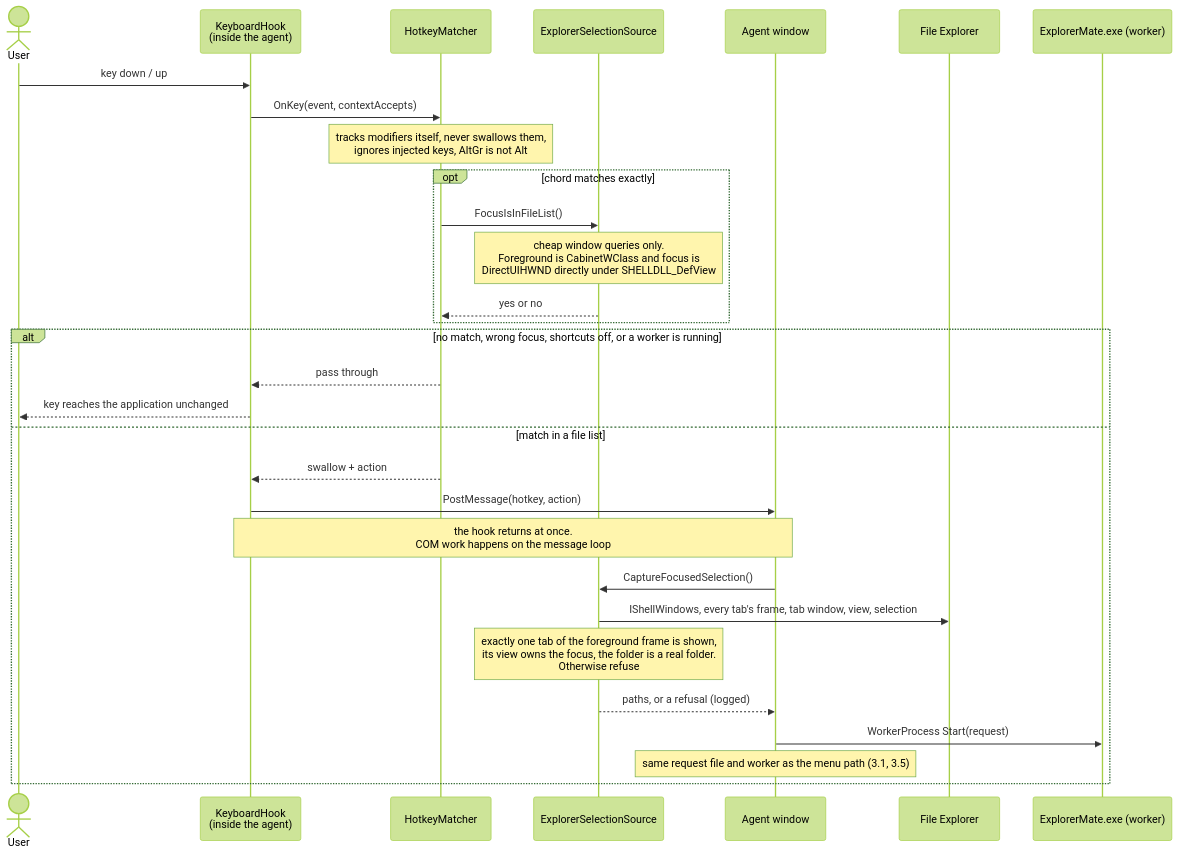
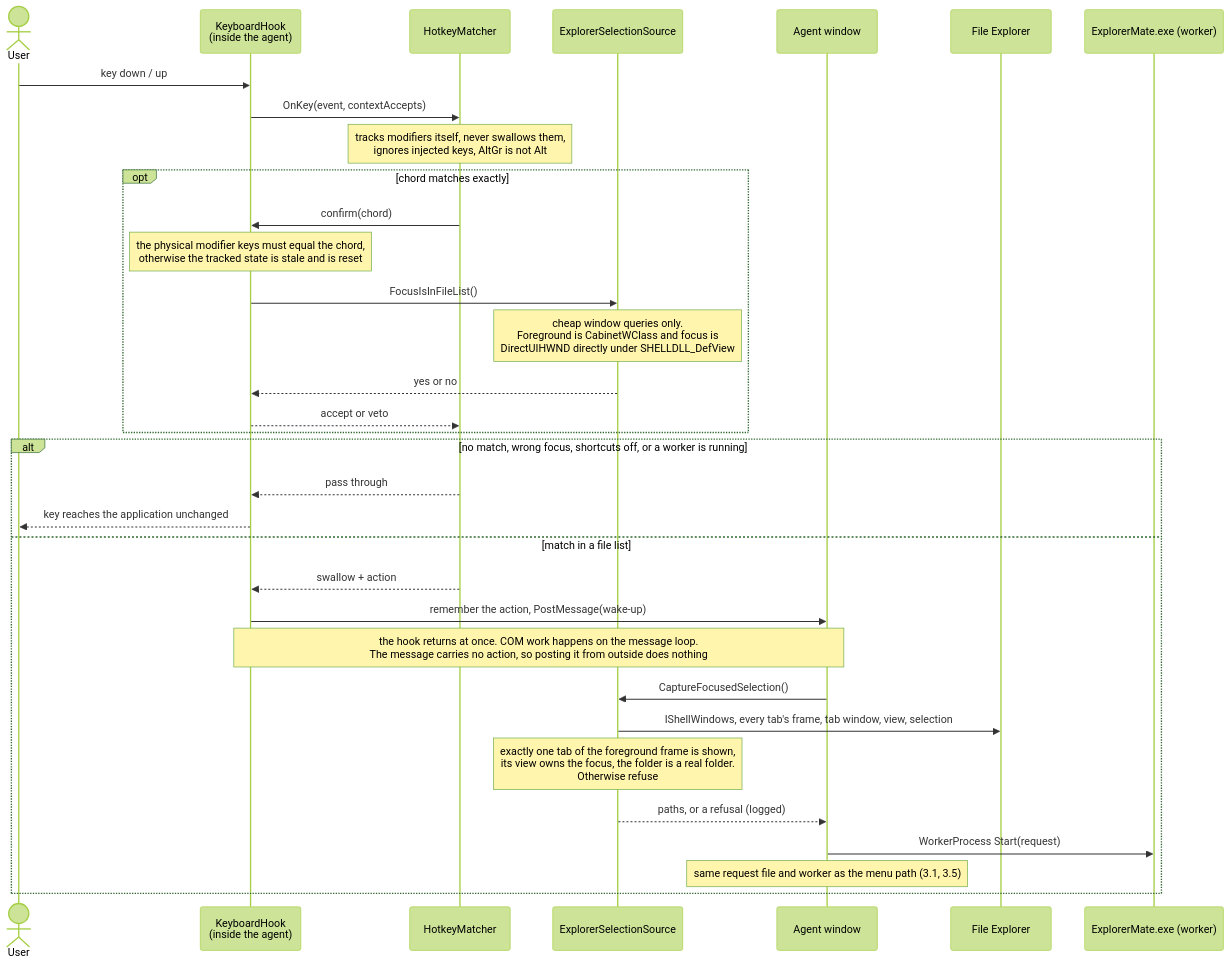
The eighth of 9 diagrams in docs/ARCHITECTURE.md (anhtuank7c/explorer-mate), drawn with Mermaid (forest theme) before and after one commit. The commit also changed other lines of this file and 52 other files, not shown here.

````diff
--- a/docs/ARCHITECTURE.md
+++ b/docs/ARCHITECTURE.md
@@ -283,33 +283,36 @@
 ```mermaid
 sequenceDiagram
     actor User
     participant Hook as KeyboardHook<br/>(inside the agent)
     participant Matcher as HotkeyMatcher
     participant Source as ExplorerSelectionSource
     participant Agent as Agent window
     participant Explorer as File Explorer
     participant Worker as ExplorerMate.exe (worker)
 
     User->>Hook: key down / up
     Hook->>Matcher: OnKey(event, contextAccepts)
     Note over Matcher: tracks modifiers itself, never swallows them,<br/>ignores injected keys, AltGr is not Alt
     opt chord matches exactly
-        Matcher->>Source: FocusIsInFileList()
+        Matcher->>Hook: confirm(chord)
+        Note over Hook: the physical modifier keys must equal the chord,<br/>otherwise the tracked state is stale and is reset
+        Hook->>Source: FocusIsInFileList()
         Note over Source: cheap window queries only.<br/>Foreground is CabinetWClass and focus is<br/>DirectUIHWND directly under SHELLDLL_DefView
-        Source-->>Matcher: yes or no
+        Source-->>Hook: yes or no
+        Hook-->>Matcher: accept or veto
     end
     alt no match, wrong focus, shortcuts off, or a worker is running
         Matcher-->>Hook: pass through
         Hook-->>User: key reaches the application unchanged
     else match in a file list
         Matcher-->>Hook: swallow + action
-        Hook->>Agent: PostMessage(hotkey, action)
-        Note over Hook,Agent: the hook returns at once.<br/>COM work happens on the message loop
+        Hook->>Agent: remember the action, PostMessage(wake-up)
+        Note over Hook,Agent: the hook returns at once. COM work happens on the message loop.<br/>The message carries no action, so posting it from outside does nothing
         Agent->>Source: CaptureFocusedSelection()
         Source->>Explorer: IShellWindows, every tab's frame, tab window, view, selection
         Note over Source: exactly one tab of the foreground frame is shown,<br/>its view owns the focus, the folder is a real folder.<br/>Otherwise refuse
         Source-->>Agent: paths, or a refusal (logged)
         Agent->>Worker: WorkerProcess Start(request)
         Note over Agent: same request file and worker as the menu path (3.1, 3.5)
     end
 ```
````
